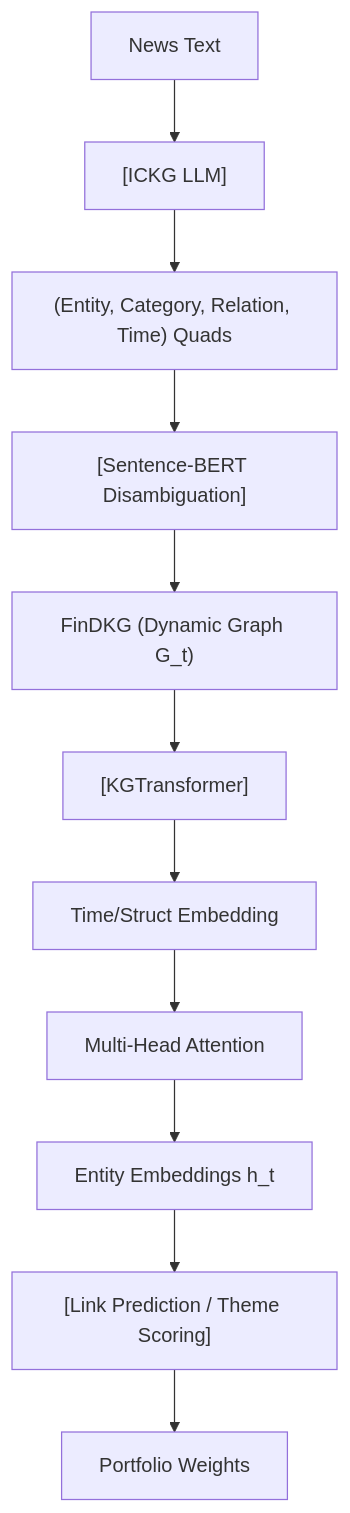
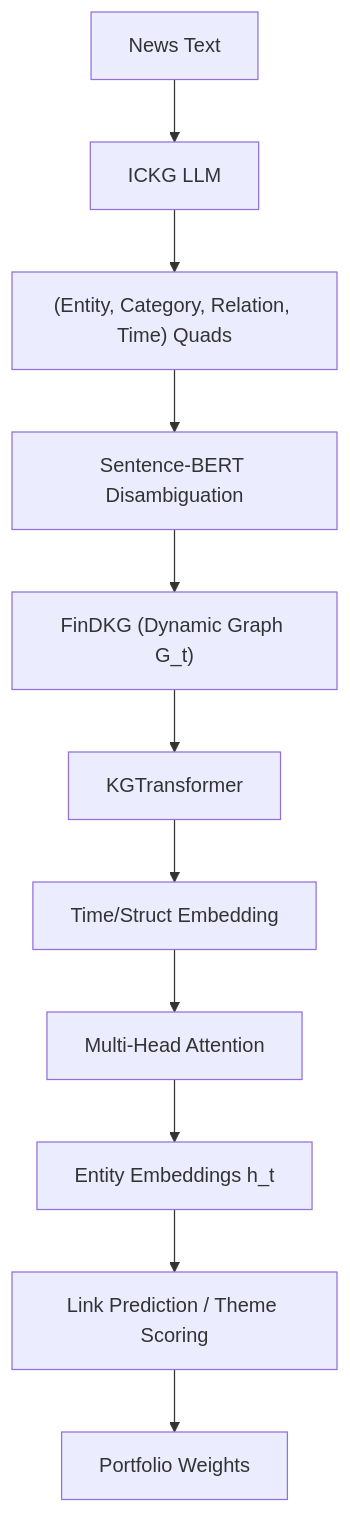
One commit to sou350121/Trading-Handbook changed the diagram in foundations/graph-networks/kgtransformer.md. Above: the diagram before and after it, drawn with Mermaid. The commit also changed 191 other files, not shown here.

First line of the commit message:
render: fix math + mermaid for GitHub across the corpus (188 pages)

````diff
--- a/foundations/graph-networks/kgtransformer.md
+++ b/foundations/graph-networks/kgtransformer.md
@@ -31,13 +31,13 @@
 ```mermaid
 flowchart TD
-    A["News Text"] --> B["[ICKG LLM]"]
+    A["News Text"] --> B["ICKG LLM"]
     B --> C["(Entity, Category, Relation, Time) Quads"]
-    C --> D["[Sentence-BERT Disambiguation]"]
+    C --> D["Sentence-BERT Disambiguation"]
     D --> E["FinDKG (Dynamic Graph G_t)"]
-    E --> F["[KGTransformer]"]
+    E --> F["KGTransformer"]
     F --> G["Time/Struct Embedding"]
     G --> H["Multi-Head Attention"]
     H --> I["Entity Embeddings h_t"]
-    I --> J["[Link Prediction / Theme Scoring]"]
+    I --> J["Link Prediction / Theme Scoring"]
     J --> K["Portfolio Weights"]
 ```
````
